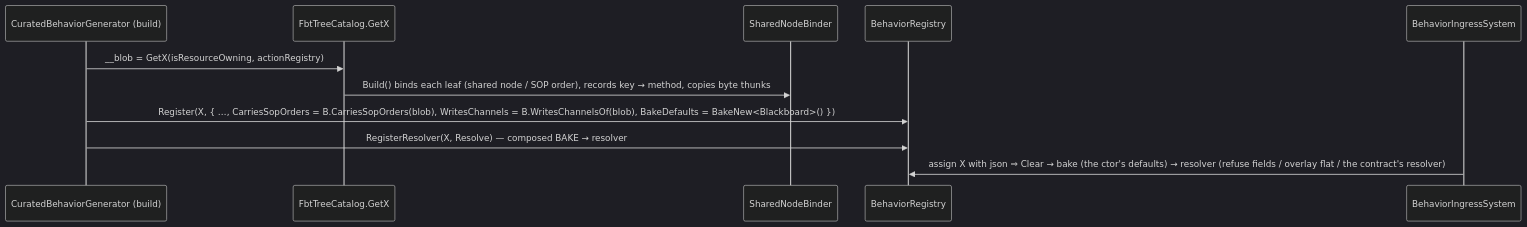
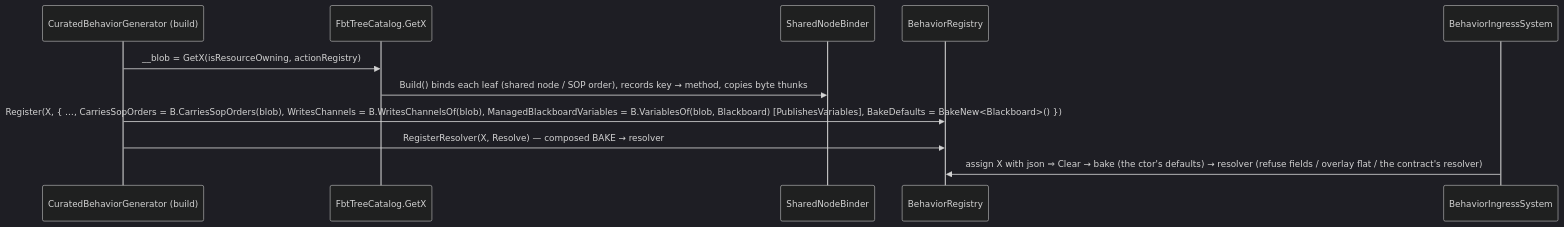
The seventh of 8 diagrams in docs/blueprints/DESIGN_Behavior_Self_Registration.md (pjanec/HROT), drawn with Mermaid (dark theme) before and after one commit. The commit also changed other lines of this file and 37 other files, not shown here.

````diff
--- a/docs/blueprints/DESIGN_Behavior_Self_Registration.md
+++ b/docs/blueprints/DESIGN_Behavior_Self_Registration.md
@@ -552,13 +558,13 @@
 ```mermaid
 sequenceDiagram
   participant G as CuratedBehaviorGenerator (build)
   participant C as FbtTreeCatalog.GetX
   participant B as SharedNodeBinder
   participant R as BehaviorRegistry
   participant I as BehaviorIngressSystem
   G->>C: __blob = GetX(isResourceOwning, actionRegistry)
   C->>B: Build() binds each leaf (shared node / SOP order), records key → method, copies byte thunks
-  G->>R: Register(X, { …, CarriesSopOrders = B.CarriesSopOrders(blob), WritesChannels = B.WritesChannelsOf(blob), BakeDefaults = BakeNew<Blackboard>() })
+  G->>R: Register(X, { …, CarriesSopOrders = B.CarriesSopOrders(blob), WritesChannels = B.WritesChannelsOf(blob), ManagedBlackboardVariables = B.VariablesOf(blob, Blackboard) [PublishesVariables], BakeDefaults = BakeNew<Blackboard>() })
   G->>R: RegisterResolver(X, Resolve) — composed BAKE → resolver
   I->>R: assign X with json ⇒ Clear → bake (the ctor's defaults) → resolver (refuse fields / overlay flat / the contract's resolver)
 ```
````
